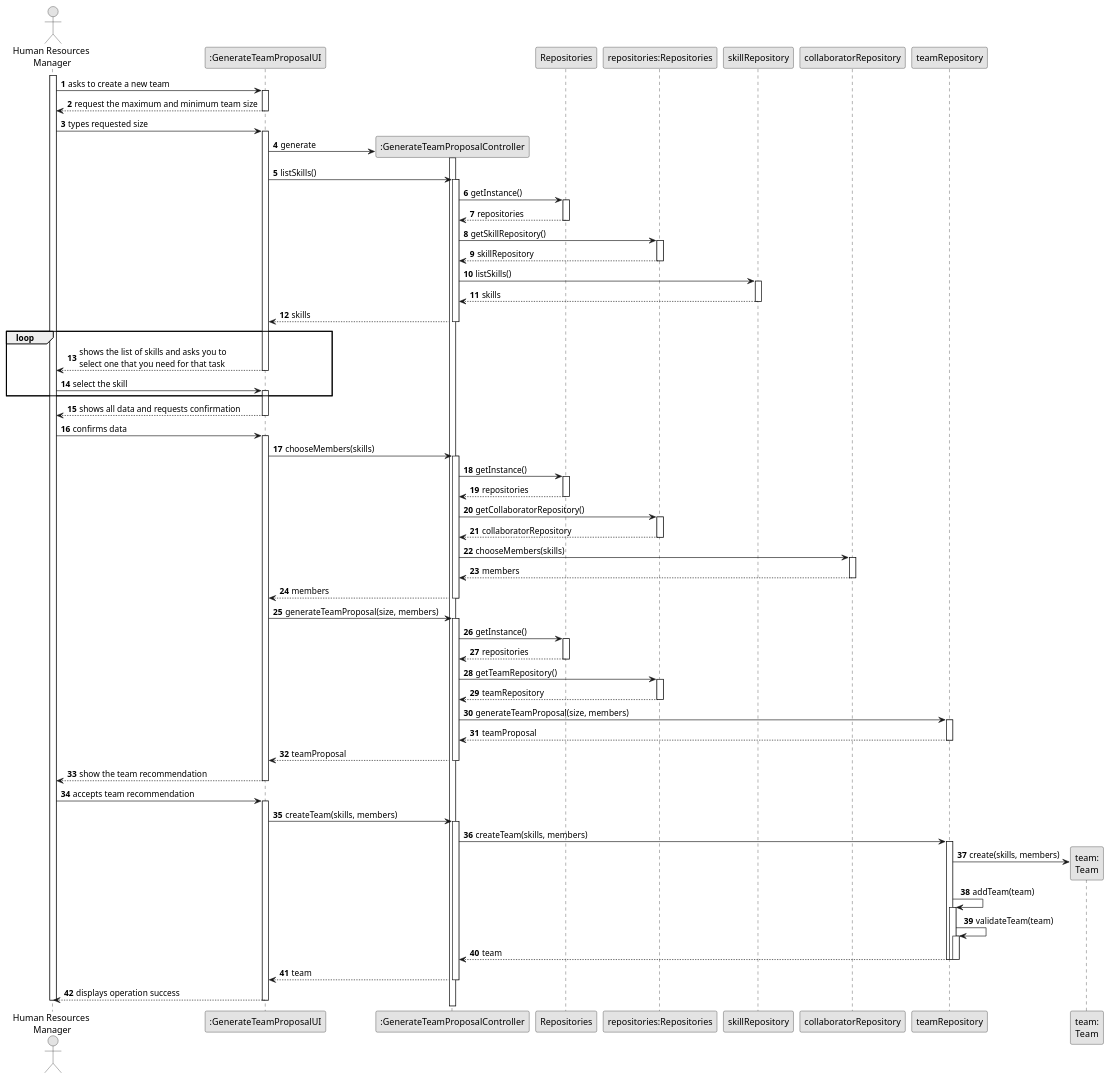
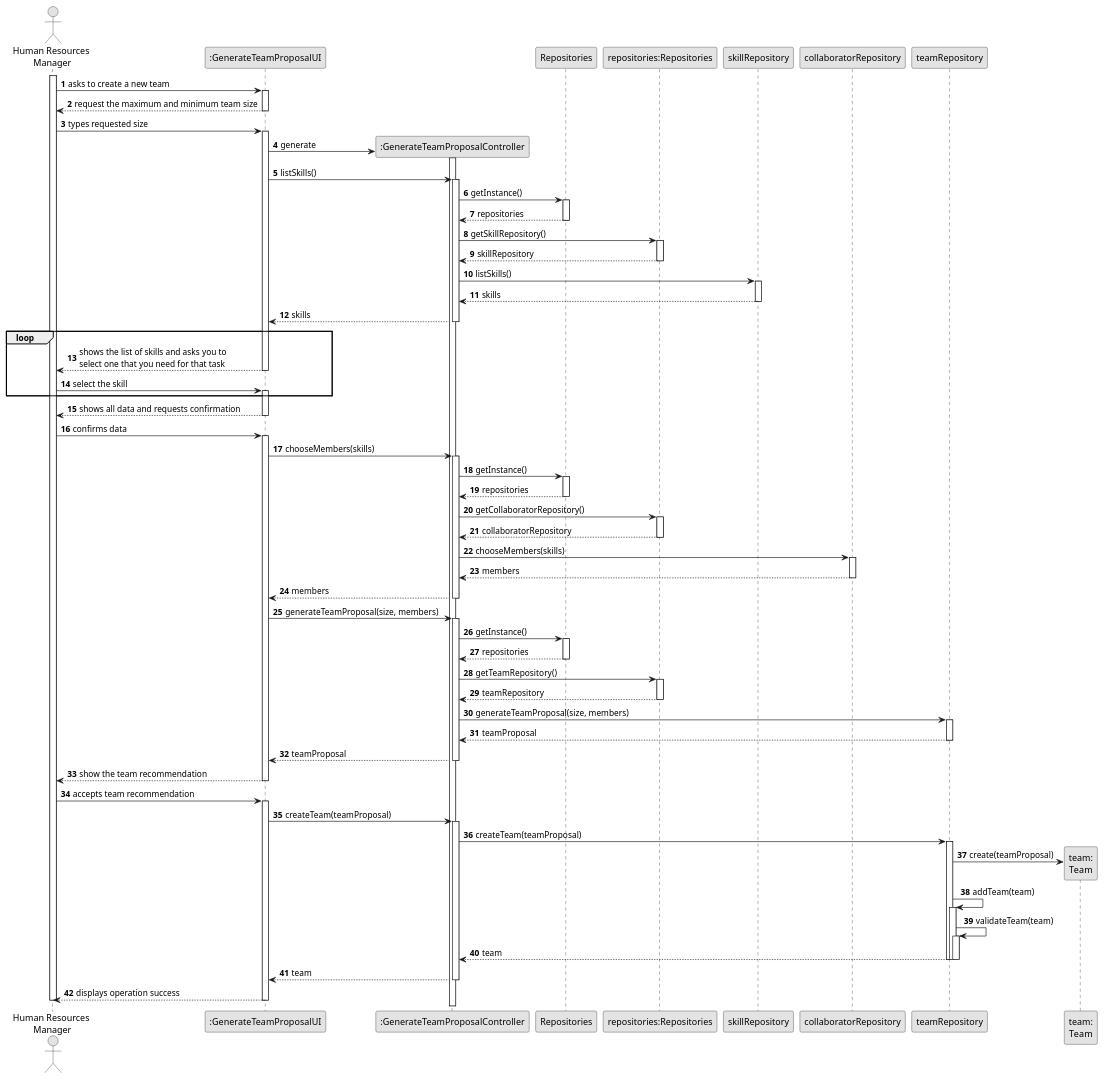
The diagram in docs/sprintB/us005/03.design/puml/us005-sequence-diagram-full.puml (diogoveirospro/lei-24-s2-1dg-g072), drawn with PlantUML before and after one commit. The commit also changed 24 other files, not shown here.

Commit message:
I've finished the Sequence Diagrams for US005

```diff
--- a/docs/sprintB/us005/03.design/puml/us005-sequence-diagram-full.puml
+++ b/docs/sprintB/us005/03.design/puml/us005-sequence-diagram-full.puml
@@ -1,155 +1,155 @@
 @startuml
 skinparam monochrome true
 skinparam packageStyle rectangle
 skinparam shadowing false
 
 autonumber
 
 'hide footbox
 actor "Human Resources\n Manager" as HRM
 participant ":GenerateTeamProposalUI" as UI
 participant ":GenerateTeamProposalController" as CTRL
 participant Repositories
 participant "repositories:Repositories" as REP
 participant "skillRepository" as SKILLREP
 participant "collaboratorRepository" as COLREP
 participant "teamRepository" as TEAMREP
 participant "team:\nTeam" as team
 
 activate HRM
 
     HRM -> UI : asks to create a new team
     activate UI
 
         UI --> HRM : request the maximum and minimum team size
     deactivate UI
 
     HRM -> UI : types requested size
     activate UI
 
         UI -> CTRL** : generate
         activate CTRL
 
         UI -> CTRL : listSkills()
         activate CTRL
 
            CTRL -> Repositories: getInstance()
            activate Repositories
 
                 Repositories --> CTRL: repositories
            deactivate Repositories
 
            CTRL -> REP: getSkillRepository()
            activate REP
 
                 REP --> CTRL: skillRepository
            deactivate REP
 
             CTRL -> SKILLREP : listSkills()
             activate SKILLREP
 
                 SKILLREP --> CTRL : skills
             deactivate SKILLREP
 
             CTRL --> UI : skills
         deactivate CTRL
 
     loop
         UI --> HRM: shows the list of skills and asks you to \nselect one that you need for that task
     deactivate UI
 
     HRM -> UI: select the skill
     activate UI
 
     end
 
         UI --> HRM: shows all data and requests confirmation
     deactivate UI
 
     HRM -> UI: confirms data
     activate UI
 
         UI -> CTRL: chooseMembers(skills)
         activate CTRL
 
             CTRL -> Repositories: getInstance()
             activate Repositories
 
                 Repositories --> CTRL: repositories
             deactivate Repositories
 
             CTRL -> REP: getCollaboratorRepository()
             activate REP
 
                 REP --> CTRL: collaboratorRepository
             deactivate REP
 
             CTRL -> COLREP: chooseMembers(skills)
             activate COLREP
 
                 COLREP --> CTRL: members
             deactivate COLREP
 
             CTRL --> UI: members
         deactivate CTRL
 
         UI -> CTRL: generateTeamProposal(size, members)
         activate CTRL
 
             CTRL -> Repositories: getInstance()
             activate Repositories
 
                 Repositories --> CTRL: repositories
             deactivate Repositories
 
             CTRL -> REP: getTeamRepository()
             activate REP
 
                 REP --> CTRL: teamRepository
             deactivate REP
 
             CTRL -> TEAMREP: generateTeamProposal(size, members)
             activate TEAMREP
 
                 TEAMREP --> CTRL: teamProposal
             deactivate TEAMREP
 
             CTRL --> UI: teamProposal
         deactivate CTRL
 
         UI --> HRM: show the team recommendation
     deactivate UI
 
     HRM -> UI: accepts team recommendation
     activate UI
 
-        UI -> CTRL: createTeam(skills, members)
+        UI -> CTRL: createTeam(teamProposal)
         activate CTRL
 
-            CTRL -> TEAMREP: createTeam(skills, members)
+            CTRL -> TEAMREP: createTeam(teamProposal)
             activate TEAMREP
 
-                TEAMREP -> team**: create(skills, members)
+                TEAMREP -> team**: create(teamProposal)
 
                     TEAMREP -> TEAMREP: addTeam(team)
                     activate TEAMREP
 
                     TEAMREP -> TEAMREP: validateTeam(team)
                     activate TEAMREP
 
                 TEAMREP --> CTRL: team
             deactivate TEAMREP
 
                     deactivate TEAMREP
 
                     deactivate TEAMREP
 
             CTRL --> UI: team
         deactivate CTRL
 
         UI --> HRM: displays operation success
     deactivate UI
 
 deactivate HRM
 
 @enduml
```
